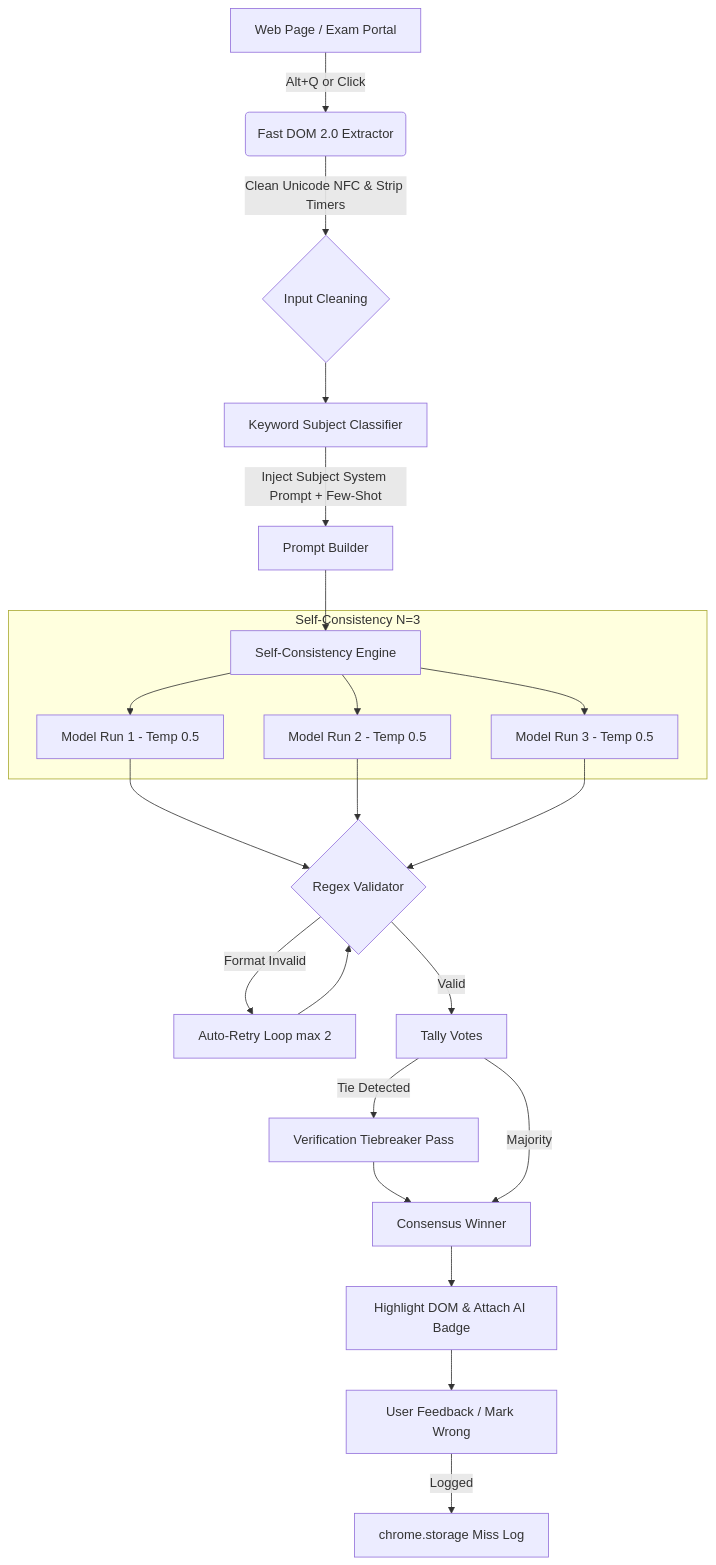
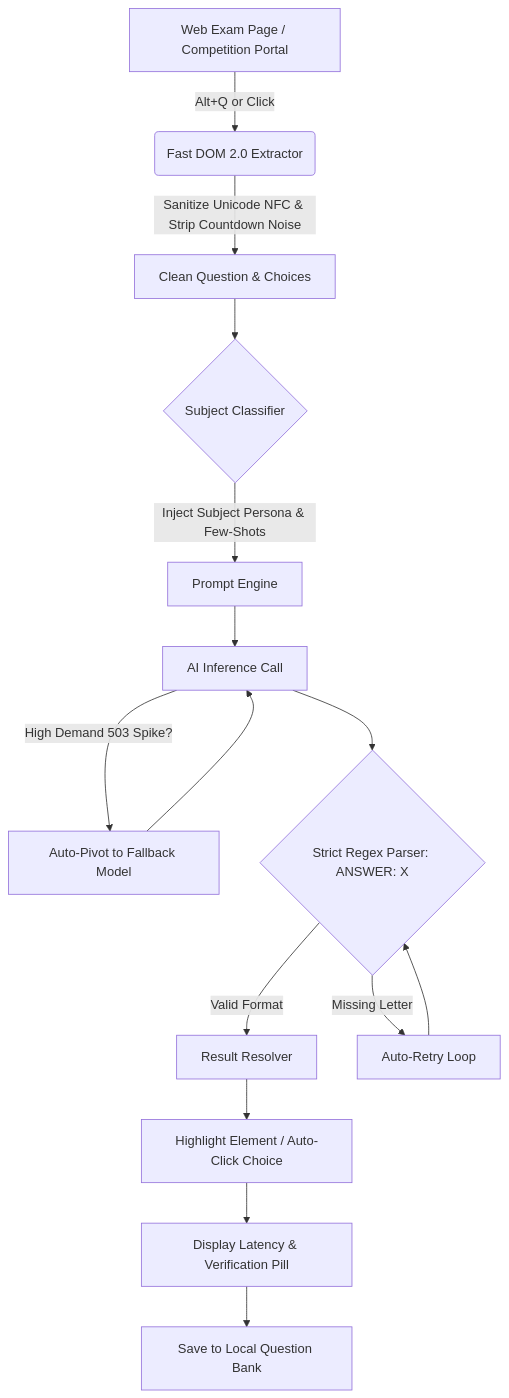
The diagram in README.md (Kidus-yahun/anser-extension), drawn with Mermaid before and after one commit. The commit also changed other lines of this file and 3 other files, not shown here.

````diff
--- a/README.md
+++ b/README.md
@@ -85,30 +100,20 @@
 ```mermaid
 flowchart TD
-    A[Web Page / Exam Portal] -->|Alt+Q or Click| B(Fast DOM 2.0 Extractor)
-    B -->|Clean Unicode NFC & Strip Timers| C{Input Cleaning}
-    C --> D[Keyword Subject Classifier]
-    D -->|Inject Subject System Prompt + Few-Shot| E[Prompt Builder]
-    E --> F[Self-Consistency Engine]
+    A[Web Exam Page / Competition Portal] -->|Alt+Q or Click| B(Fast DOM 2.0 Extractor)
+    B -->|Sanitize Unicode NFC & Strip Countdown Noise| C[Clean Question & Choices]
+    C --> D{Subject Classifier}
+    D -->|Inject Subject Persona & Few-Shots| E[Prompt Engine]
     
-    subgraph Parallel Voting [Self-Consistency N=3]
-        F --> G1[Model Run 1 - Temp 0.5]
-        F --> G2[Model Run 2 - Temp 0.5]
-        F --> G3[Model Run 3 - Temp 0.5]
-    end
+    E --> F[AI Inference Call]
+    F -->|High Demand 503 Spike?| G[Auto-Pivot to Fallback Model]
+    G --> F
     
-    G1 --> H{Regex Validator}
-    G2 --> H
-    G3 --> H
+    F --> H{Strict Regex Parser: ANSWER: X}
+    H -->|Valid Format| I[Result Resolver]
+    H -->|Missing Letter| J[Auto-Retry Loop]
+    J --> H
     
-    H -->|Format Invalid| I[Auto-Retry Loop max 2]
-    I --> H
-    H -->|Valid| J[Tally Votes]
-    
-    J -->|Tie Detected| K[Verification Tiebreaker Pass]
-    K --> L[Consensus Winner]
-    J -->|Majority| L
-    
-    L --> M[Highlight DOM & Attach AI Badge]
-    M --> N[User Feedback / Mark Wrong]
-    N -->|Logged| O[chrome.storage Miss Log]
+    I --> K[Highlight Element / Auto-Click Choice]
+    K --> L[Display Latency & Verification Pill]
+    L --> M[Save to Local Question Bank]
 ```
````
